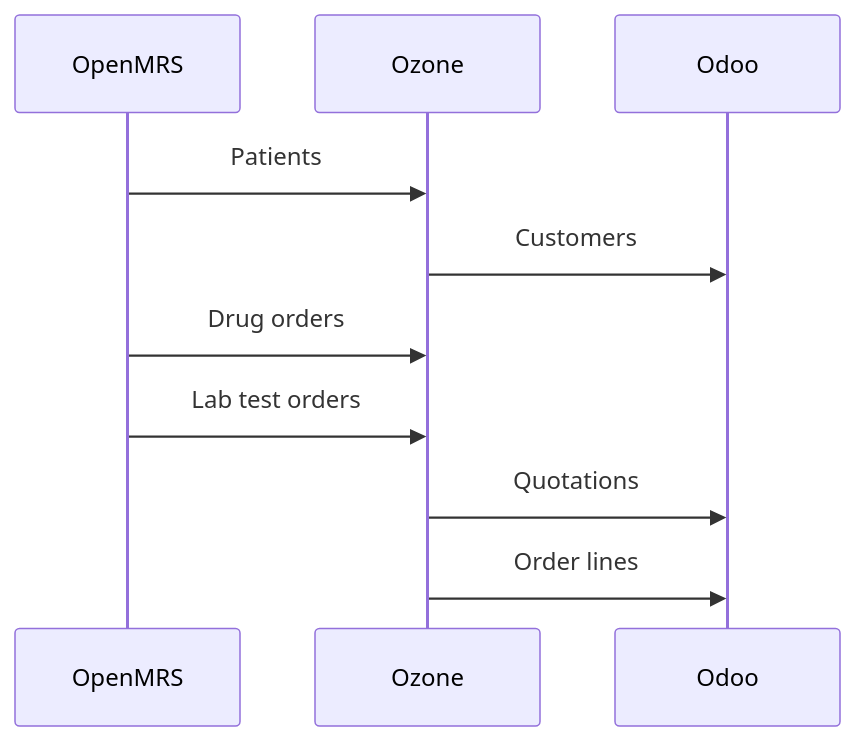
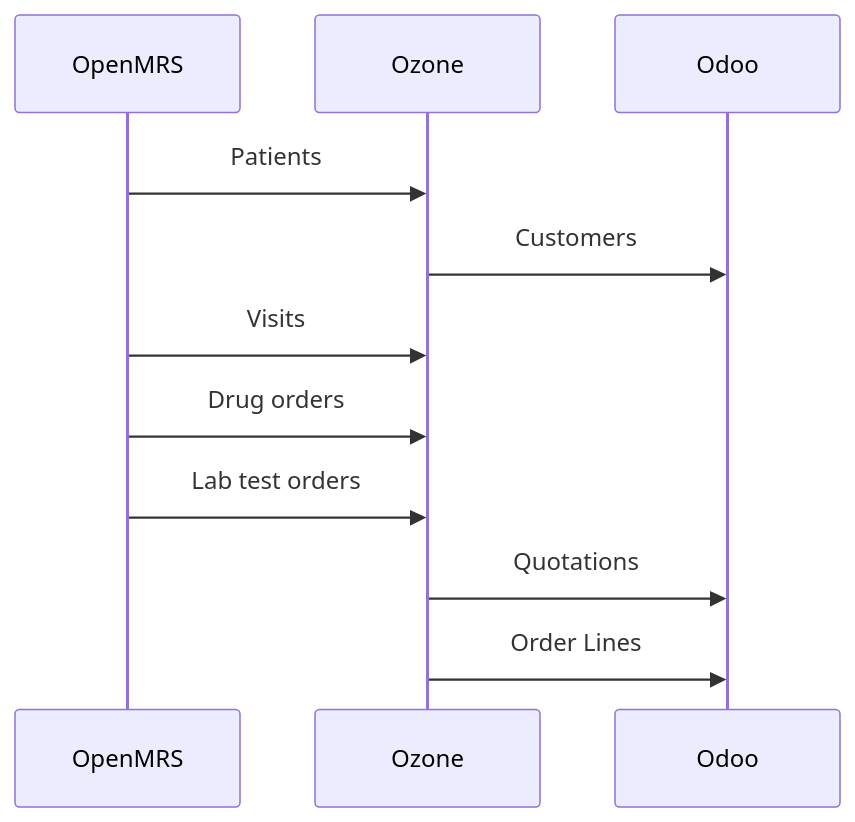
Before and after one commit to ozone-his/ozone-docs: the first of 5 diagrams in docs/users/odoo-openmrs.md, drawn with Mermaid. The commit also changed other lines of this file and 1 other file, not shown here.

Commit message:
OZ-592: Updated Odoo-OpenMRS flows functional documentation. (#14)

````diff
--- a/docs/users/odoo-openmrs.md
+++ b/docs/users/odoo-openmrs.md
@@ -5,12 +5,13 @@
 ``` mermaid
     sequenceDiagram
         participant OpenMRS
         participant Ozone
         participant Odoo
         OpenMRS->>Ozone: Patients
         Ozone->>Odoo: Customers
+        OpenMRS->>Ozone: Visits
         OpenMRS->>Ozone: Drug orders
         OpenMRS->>Ozone: Lab test orders
         Ozone->>Odoo: Quotations
-        Ozone->>Odoo: Order lines
+        Ozone->>Odoo: Order Lines
 ```
````
